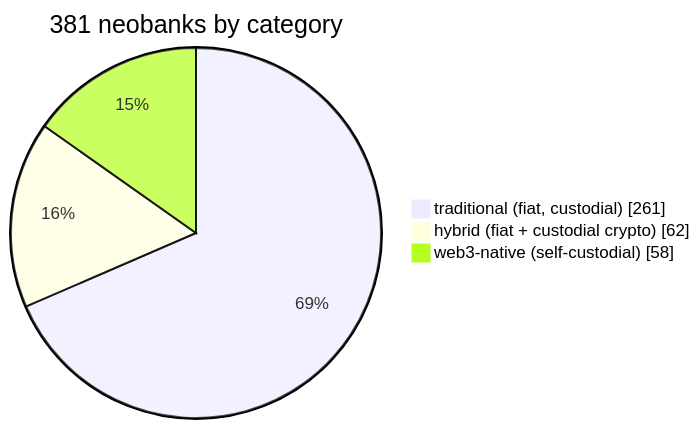
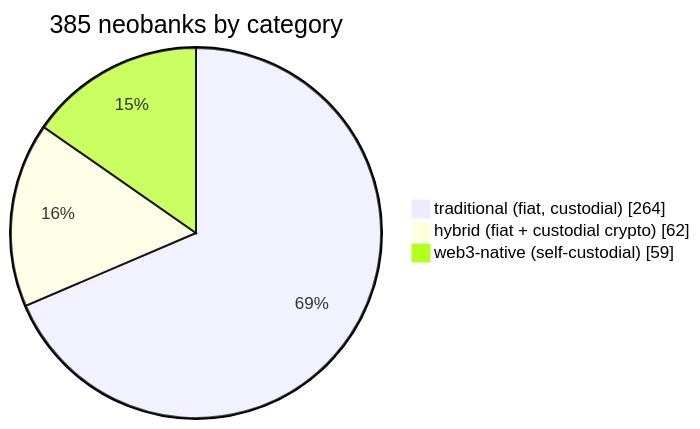
The first of 3 diagrams in README.md (andreolf/neobankbeat), drawn with Mermaid before and after one commit. The commit also changed other lines of this file and 4121 other files, not shown here.

````diff
--- a/README.md
+++ b/README.md
@@ -42,6 +42,6 @@
 ```mermaid
-pie showData title 381 neobanks by category
-    "traditional (fiat, custodial)" : 261
+pie showData title 385 neobanks by category
+    "traditional (fiat, custodial)" : 264
     "hybrid (fiat + custodial crypto)" : 62
-    "web3-native (self-custodial)" : 58
+    "web3-native (self-custodial)" : 59
 ```
````
